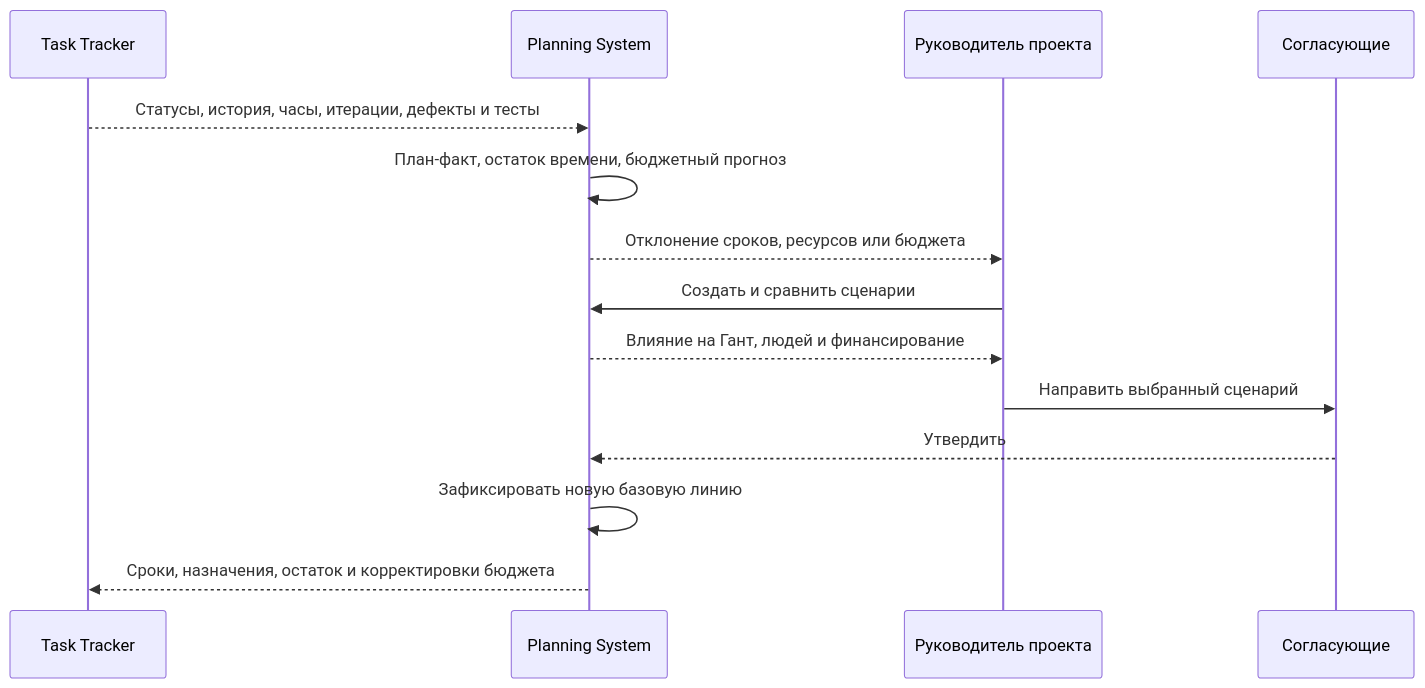
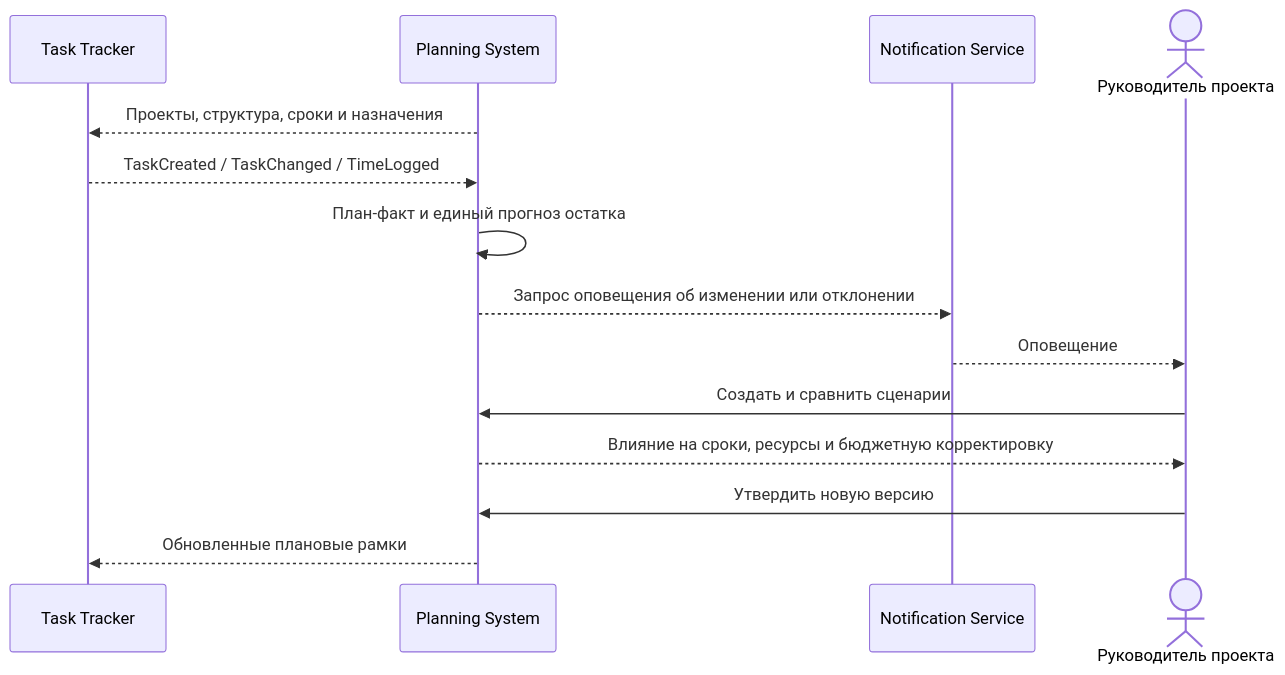
One commit to MEPhI-C22-501/arch-info-system-monorepo changed the second of 2 diagrams in planning-system/docs/vision.md. Above: the diagram before and after it, drawn with Mermaid. The commit also changed other lines of this file and 15 other files, not shown here.

````diff
--- a/planning-system/docs/vision.md
+++ b/planning-system/docs/vision.md
@@ -109,17 +72,17 @@
 ```mermaid
 sequenceDiagram
   participant TT as Task Tracker
   participant PS as Planning System
-  participant PM as Руководитель проекта
-  participant AP as Согласующие
+  participant NS as Notification Service
+  actor PM as Руководитель проекта
 
-  TT-->>PS: Статусы, история, часы, итерации, дефекты и тесты
-  PS->>PS: План-факт, остаток времени, бюджетный прогноз
-  PS-->>PM: Отклонение сроков, ресурсов или бюджета
+  PS-->>TT: Проекты, структура, сроки и назначения
+  TT-->>PS: TaskCreated / TaskChanged / TimeLogged
+  PS->>PS: План-факт и единый прогноз остатка
+  PS-->>NS: Запрос оповещения об изменении или отклонении
+  NS-->>PM: Оповещение
   PM->>PS: Создать и сравнить сценарии
-  PS-->>PM: Влияние на Гант, людей и финансирование
-  PM->>AP: Направить выбранный сценарий
-  AP-->>PS: Утвердить
-  PS->>PS: Зафиксировать новую базовую линию
-  PS-->>TT: Сроки, назначения, остаток и корректировки бюджета
+  PS-->>PM: Влияние на сроки, ресурсы и бюджетную корректировку
+  PM->>PS: Утвердить новую версию
+  PS-->>TT: Обновленные плановые рамки
 ```
````
